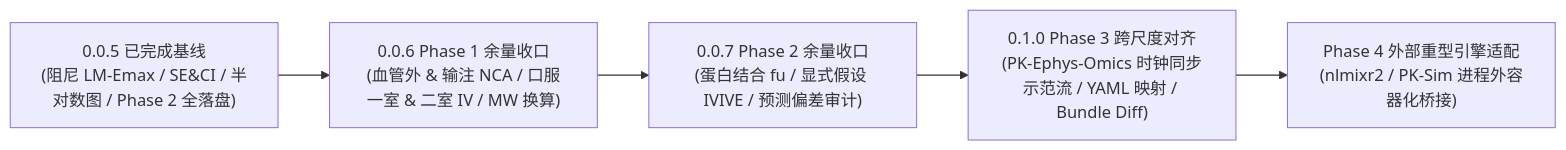
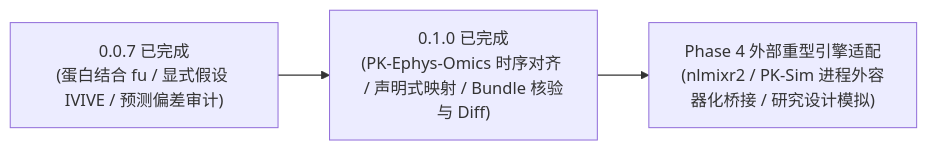
The second of 2 diagrams in docs/project-evaluation.md (JianyunZhang/PharmacoWeave), drawn with Mermaid before and after one commit. The commit also changed other lines of this file and 112 other files, not shown here.

````diff
--- a/docs/project-evaluation.md
+++ b/docs/project-evaluation.md
@@ -66,7 +66,5 @@
 ```mermaid
 flowchart LR
-    M5["0.0.5 已完成基线<br/>(阻尼 LM-Emax / SE&CI / 半对数图 / Phase 2 全落盘)"] --> M6["0.0.6 Phase 1 余量收口<br/>(血管外 & 输注 NCA / 口服一室 & 二室 IV / MW 换算)"]
-    M6 --> M7["0.0.7 Phase 2 余量收口<br/>(蛋白结合 fu / 显式假设 IVIVE / 预测偏差审计)"]
-    M7 --> M8["0.1.0 Phase 3 跨尺度对齐<br/>(PK-Ephys-Omics 时钟同步示范流 / YAML 映射 / Bundle Diff)"]
-    M8 --> P4["Phase 4 外部重型引擎适配<br/>(nlmixr2 / PK-Sim 进程外容器化桥接)"]
+    M7["0.0.7 已完成<br/>(蛋白结合 fu / 显式假设 IVIVE / 预测偏差审计)"] --> M8["0.1.0 已完成<br/>(PK-Ephys-Omics 时序对齐 / 声明式映射 / Bundle 核验与 Diff)"]
+    M8 --> P4["Phase 4 外部重型引擎适配<br/>(nlmixr2 / PK-Sim 进程外容器化桥接 / 研究设计模拟)"]
 ```
````
